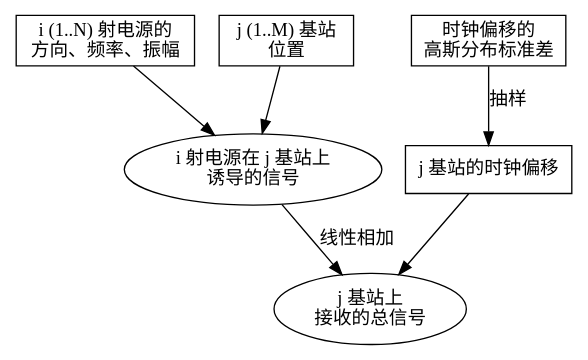
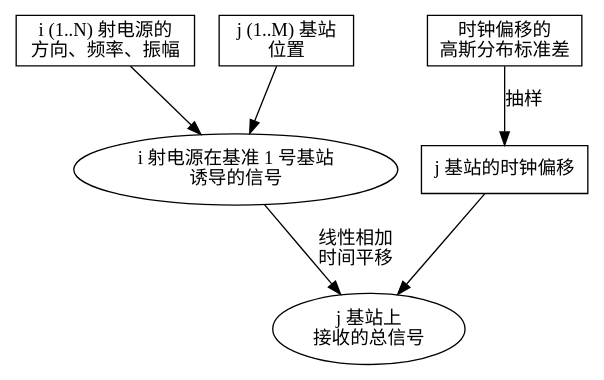
One commit to heroxbd/physics-data changed the second of 4 diagrams in pd.org. Above: the diagram before and after it, drawn with Graphviz. The commit also changed other lines of this file and 4 other files, not shown here.

Commit message:
修改大作业 pipeline，之前对物理图像的理解有误。

```diff
--- a/pd.org
+++ b/pd.org
@@ -953,19 +959,19 @@
    #+BEGIN_SRC dot :file ./TOLA-pipeline.pdf :cmdline -Kdot -Tpdf
      digraph dataset {
      bgcolor="#ffffff00"
 
      S [label = "i (1..N) 射电源的\n 方向、频率、振幅", shape=box]
      B [label = "j (1..M) 基站\n 位置", shape=box]
-     P [label = "i 射电源在 j 基站上\n诱导的信号"]
+     P [label = "i 射电源在基准 1 号基站\n诱导的信号"]
      Q [label = "j 基站上\n接收的总信号"]
 
      S -> P
      B -> P
-     P -> Q[label="线性相加"]
+     P -> Q[label="线性相加\n时间平移"]
 
      O [label = "时钟偏移的\n高斯分布标准差", shape=box]
      F [label = "j 基站的时钟偏移", shape=box]
      O -> F [label = "抽样"]
      F -> Q
      }
    #+END_SRC
```
